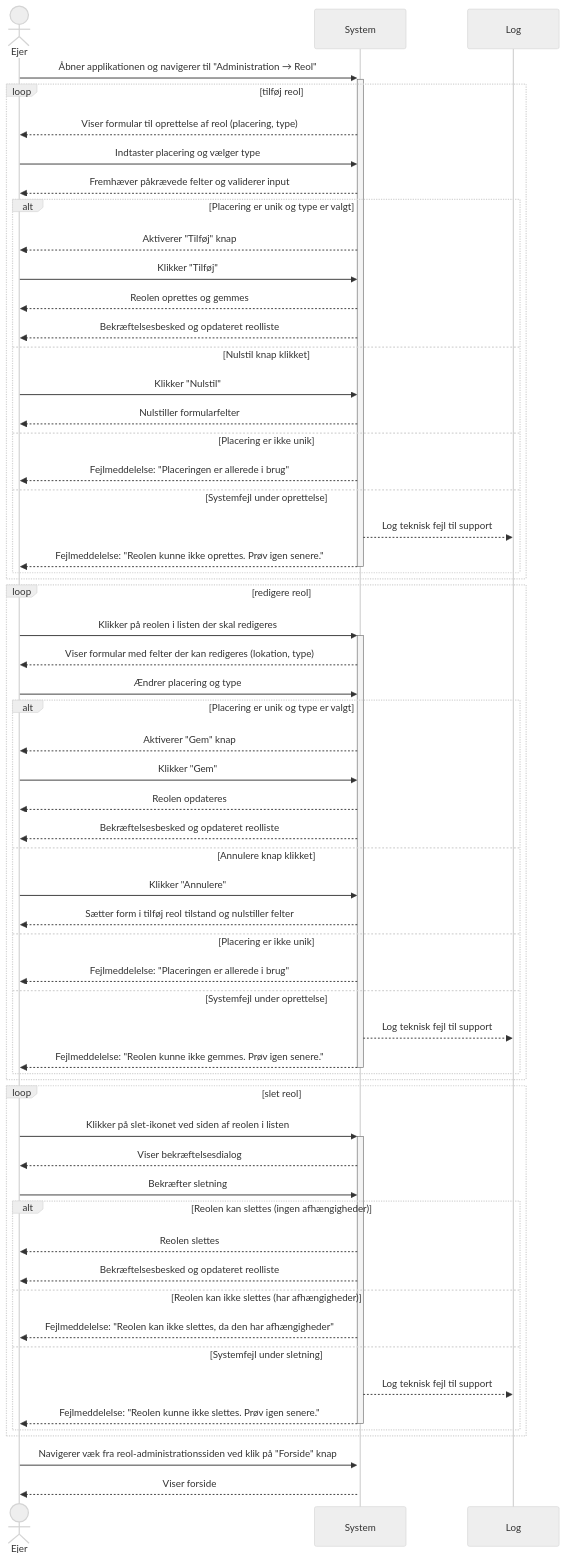
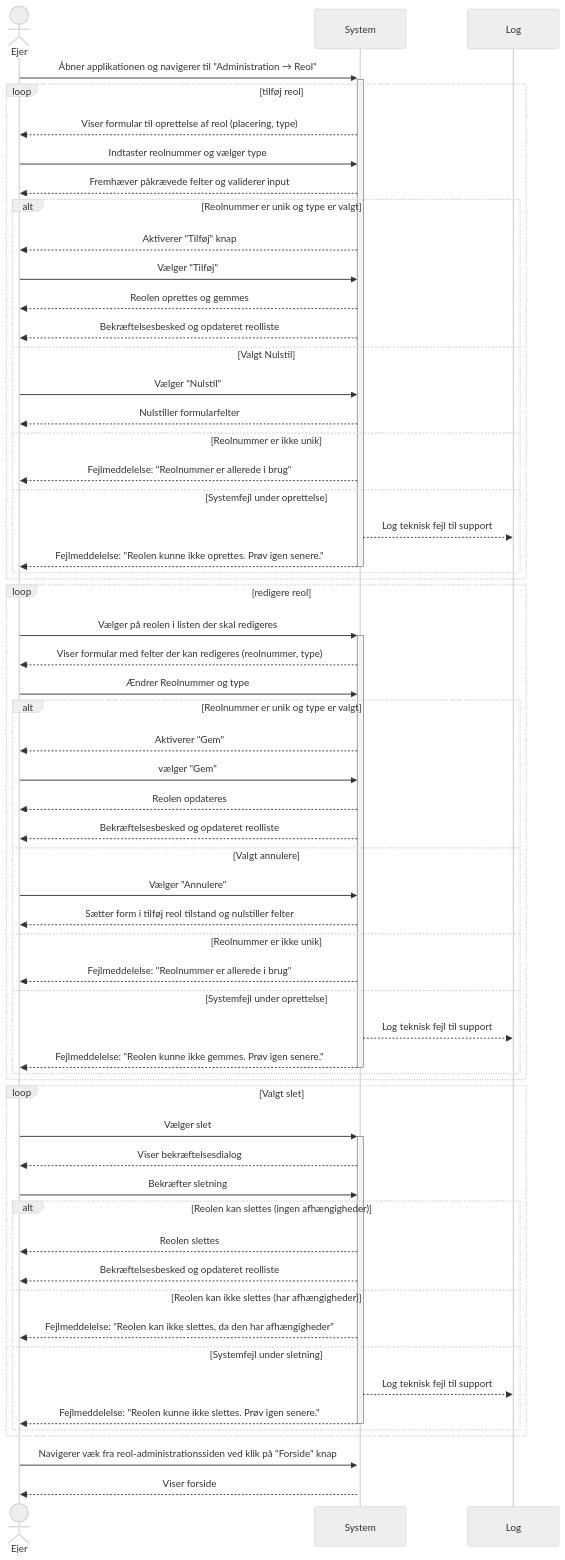
Before and after one commit to DMOoF25-TEAM11/ShelfMarket: the diagram in docs/sprint-1/UseCase001-AddANewShelf/UseCase-SSD.mmd, drawn with Mermaid (neutral theme).

Commit message:
Update doc SDD to be more universel aktion.

```diff
--- a/docs/sprint-1/UseCase001-AddANewShelf/UseCase-SSD.mmd
+++ b/docs/sprint-1/UseCase001-AddANewShelf/UseCase-SSD.mmd
@@ -1,63 +1,63 @@
 sequenceDiagram
     actor Ejer
     participant System
     participant Log
 
     Ejer->>+System: Åbner applikationen og navigerer til "Administration → Reol"
     
     loop tilføj reol
         System-->>Ejer: Viser formular til oprettelse af reol (placering, type)
 
-        Ejer->>System: Indtaster placering og vælger type
+        Ejer->>System: Indtaster reolnummer og vælger type
         System-->>Ejer: Fremhæver påkrævede felter og validerer input
 
-        alt Placering er unik og type er valgt
+        alt Reolnummer er unik og type er valgt
             System-->>Ejer: Aktiverer "Tilføj" knap
-            Ejer->>System: Klikker "Tilføj"
+            Ejer->>System: Vælger "Tilføj"
             System-->>Ejer: Reolen oprettes og gemmes
             System-->>Ejer: Bekræftelsesbesked og opdateret reolliste
-        else Nulstil knap klikket
-            Ejer->>System: Klikker "Nulstil"
+        else Valgt Nulstil
+            Ejer->>System: Vælger "Nulstil"
             System-->>Ejer: Nulstiller formularfelter
-        else Placering er ikke unik
-            System-->>Ejer: Fejlmeddelelse: "Placeringen er allerede i brug"
+        else Reolnummer er ikke unik
+            System-->>Ejer: Fejlmeddelelse: "Reolnummer er allerede i brug"
         else Systemfejl under oprettelse
             System-->>Log: Log teknisk fejl til support
             System-->>-Ejer: Fejlmeddelelse: "Reolen kunne ikke oprettes. Prøv igen senere."
         end
     end
     loop redigere reol
-        Ejer->>+System: Klikker på reolen i listen der skal redigeres
-        System-->>Ejer: Viser formular med felter der kan redigeres (lokation, type)
-        Ejer->>System: Ændrer placering og type
-        alt Placering er unik og type er valgt
-            System-->>Ejer: Aktiverer "Gem" knap
-            Ejer->>System: Klikker "Gem"
+        Ejer->>+System: Vælger på reolen i listen der skal redigeres
+        System-->>Ejer: Viser formular med felter der kan redigeres (reolnummer, type)
+        Ejer->>System: Ændrer Reolnummer og type
+        alt Reolnummer er unik og type er valgt
+            System-->>Ejer: Aktiverer "Gem"
+            Ejer->>System: vælger "Gem"
             System-->>Ejer: Reolen opdateres
             System-->>Ejer: Bekræftelsesbesked og opdateret reolliste
-        else Annulere knap klikket
-            Ejer->>System: Klikker "Annulere"
+        else Valgt annulere
+            Ejer->>System: Vælger "Annulere"
             System-->>Ejer: Sætter form i tilføj reol tilstand og nulstiller felter
-        else Placering er ikke unik
-            System-->>Ejer: Fejlmeddelelse: "Placeringen er allerede i brug"
+        else Reolnummer er ikke unik
+            System-->>Ejer: Fejlmeddelelse: "Reolnummer er allerede i brug"
         else Systemfejl under oprettelse
             System-->>Log: Log teknisk fejl til support
             System-->>-Ejer: Fejlmeddelelse: "Reolen kunne ikke gemmes. Prøv igen senere."
         end
     end
-    loop slet reol
-        Ejer->>+System: Klikker på slet-ikonet ved siden af reolen i listen
+    loop Valgt slet
+        Ejer->>+System: Vælger slet
         System-->>Ejer: Viser bekræftelsesdialog
         Ejer->>System: Bekræfter sletning
         alt Reolen kan slettes (ingen afhængigheder)
             System-->>Ejer: Reolen slettes
             System-->>Ejer: Bekræftelsesbesked og opdateret reolliste
         else Reolen kan ikke slettes (har afhængigheder)
             System-->>Ejer: Fejlmeddelelse: "Reolen kan ikke slettes, da den har afhængigheder"
         else Systemfejl under sletning
             System-->>Log: Log teknisk fejl til support
             System-->>-Ejer: Fejlmeddelelse: "Reolen kunne ikke slettes. Prøv igen senere."
         end
     end
     Ejer->>+System: Navigerer væk fra reol-administrationssiden ved klik på "Forside" knap
     System-->>Ejer: Viser forside
```
